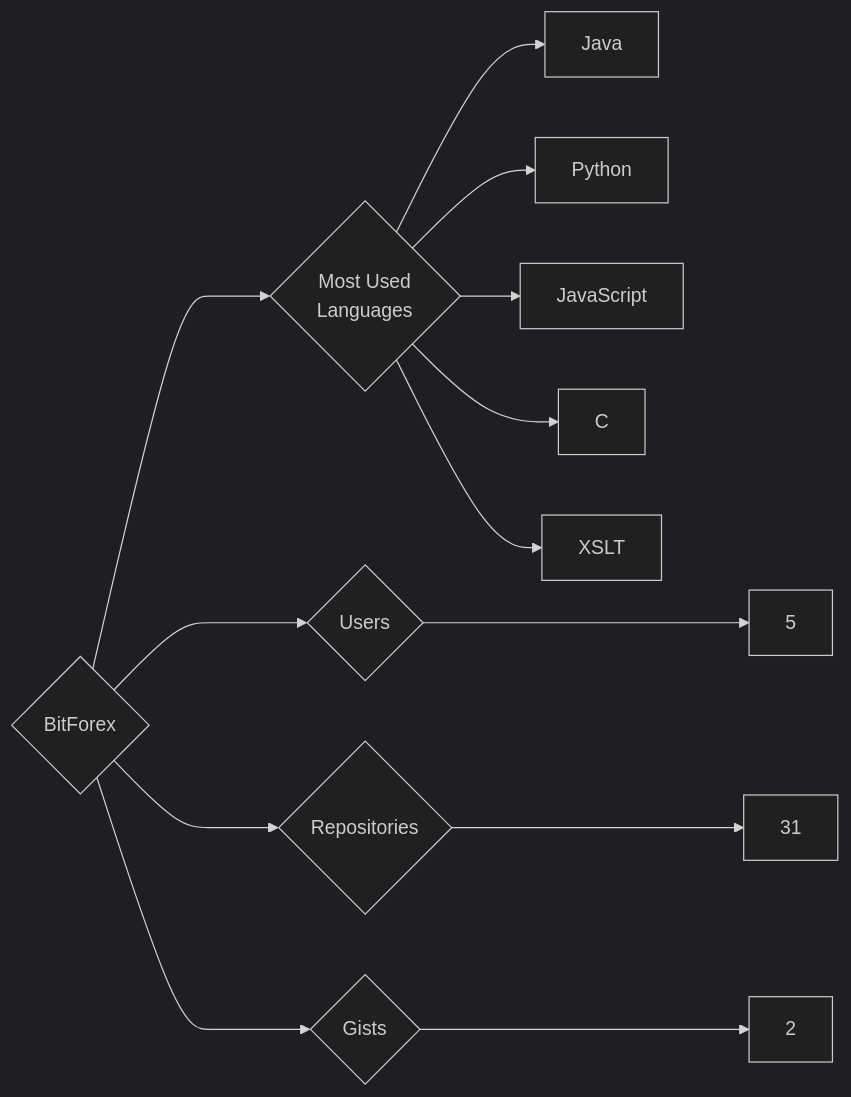
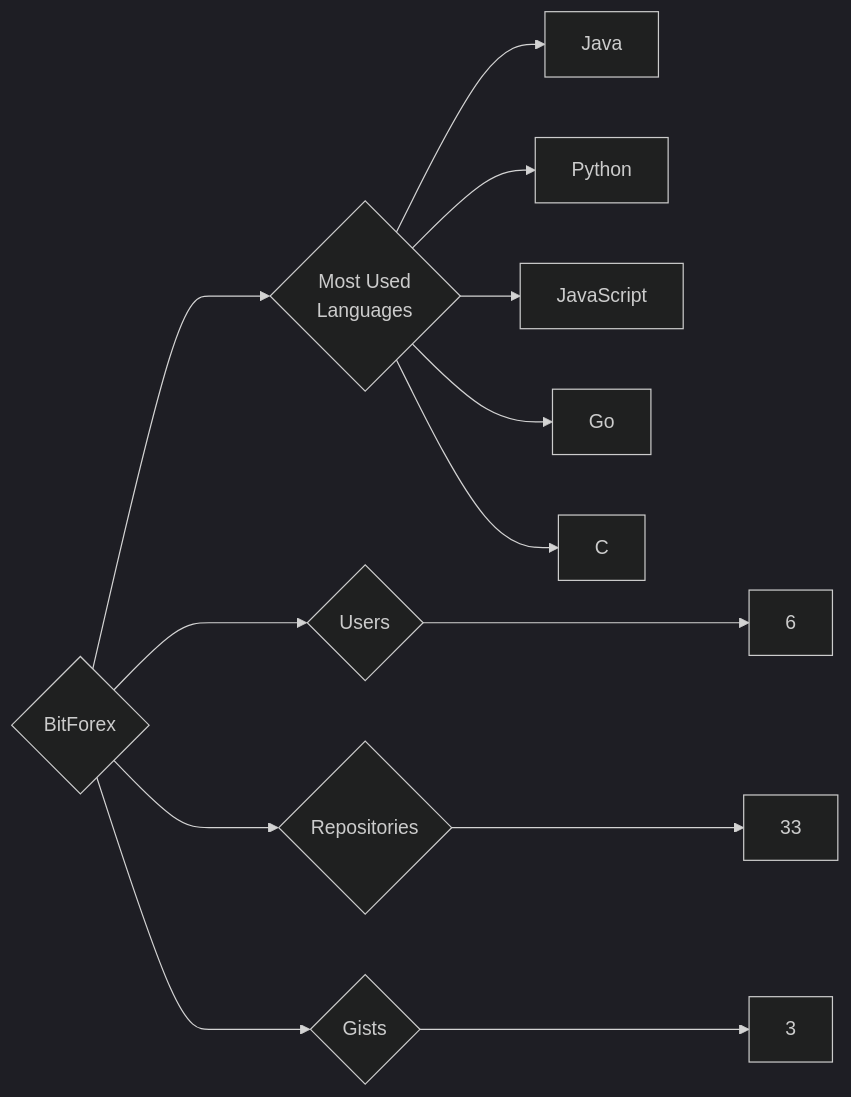
Before and after one commit to trickest/insiders: the diagram in targets/BitForex/README.md, drawn with Mermaid (dark theme). The commit also changed 1036 other files, not shown here.

````diff
--- a/targets/BitForex/README.md
+++ b/targets/BitForex/README.md
@@ -3,13 +3,13 @@
 ```mermaid
 graph LR
 COMPANY_NAME{BitForex}
-COMPANY_NAME ---> U{Users} ---> UN[5]
-COMPANY_NAME ---> R{Repositories} ---> RN[31]
-COMPANY_NAME ---> G{Gists} ---> GN[2]
+COMPANY_NAME ---> U{Users} ---> UN[6]
+COMPANY_NAME ---> R{Repositories} ---> RN[33]
+COMPANY_NAME ---> G{Gists} ---> GN[3]
 COMPANY_NAME ---> ML{Most Used<br>Languages}
 ML --> Java[Java]
 ML --> Python[Python]
 ML --> JavaScript[JavaScript]
+ML --> Go[Go]
 ML --> C[C]
-ML --> XSLT[XSLT]
 ```
````
